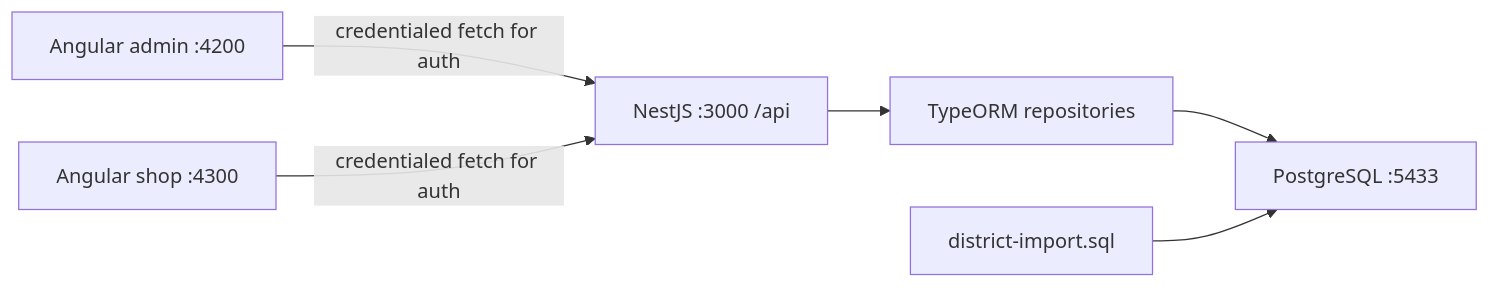
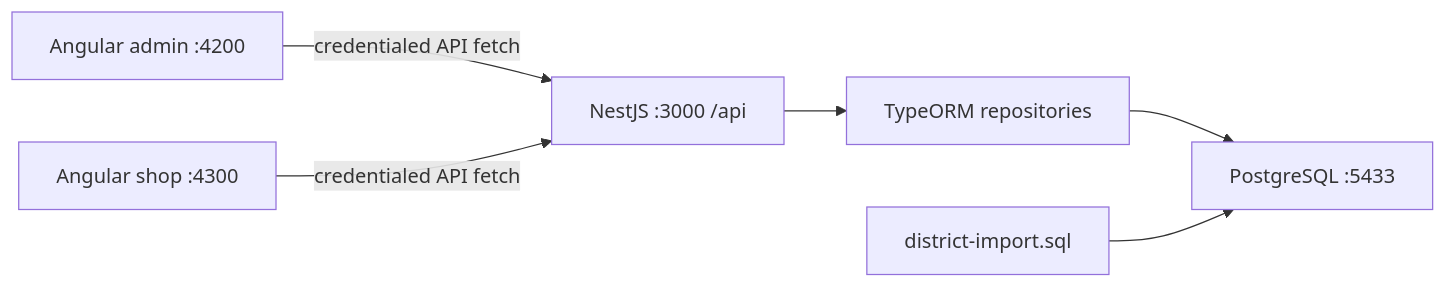
The diagram in docs/architecture.md (manishsharma-dev/Shopping), drawn with Mermaid before and after one commit. The commit also changed other lines of this file and 98 other files, not shown here.

````diff
--- a/docs/architecture.md
+++ b/docs/architecture.md
@@ -5,8 +5,8 @@
 ```mermaid
 flowchart LR
-  Admin["Angular admin :4200"] -->|"credentialed fetch for auth"| API["NestJS :3000 /api"]
-  Shop["Angular shop :4300"] -->|"credentialed fetch for auth"| API
+  Admin["Angular admin :4200"] -->|"credentialed API fetch"| API["NestJS :3000 /api"]
+  Shop["Angular shop :4300"] -->|"credentialed API fetch"| API
   API --> ORM["TypeORM repositories"]
   ORM --> PG["PostgreSQL :5433"]
   Import["district-import.sql"] --> PG
 ```
````
